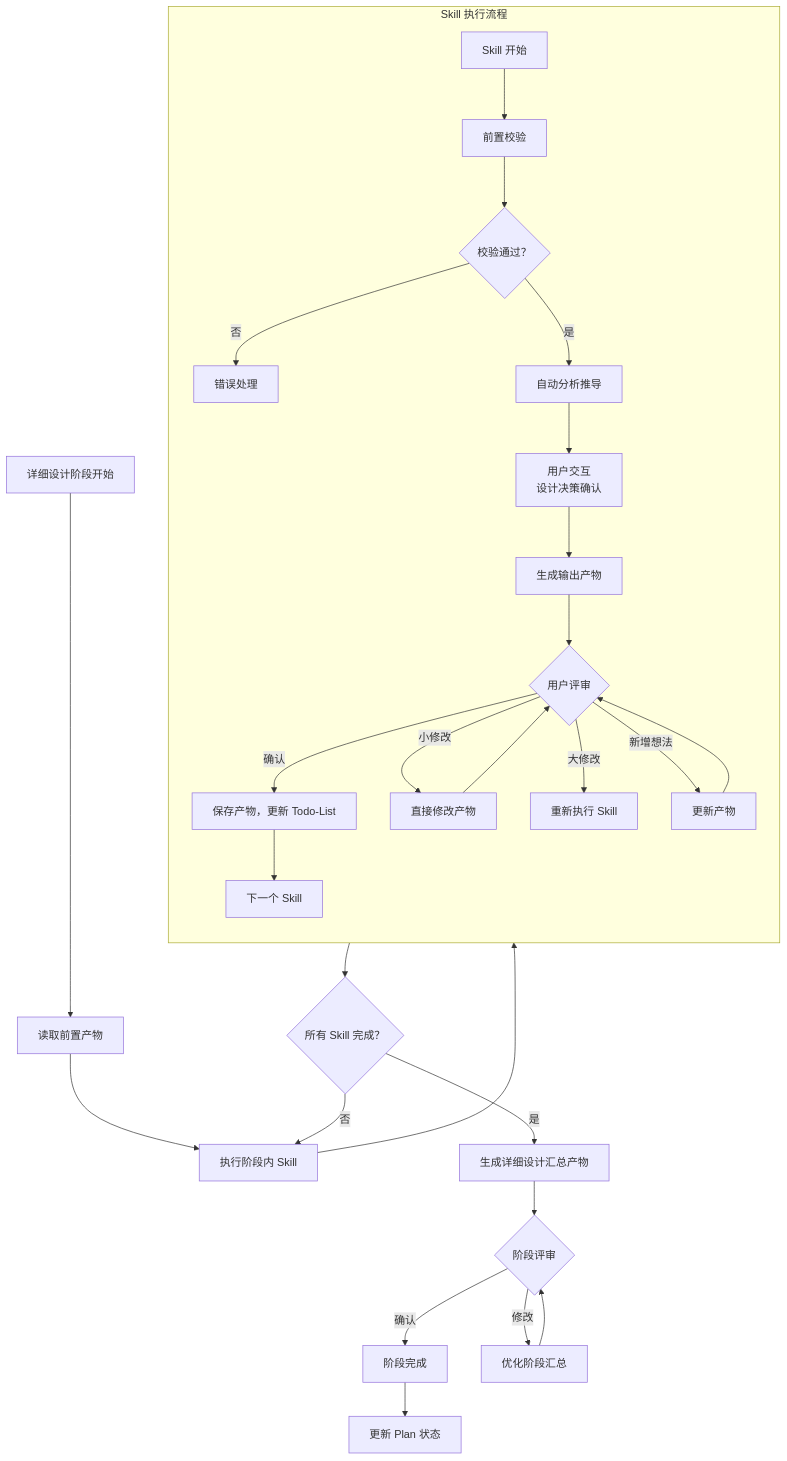
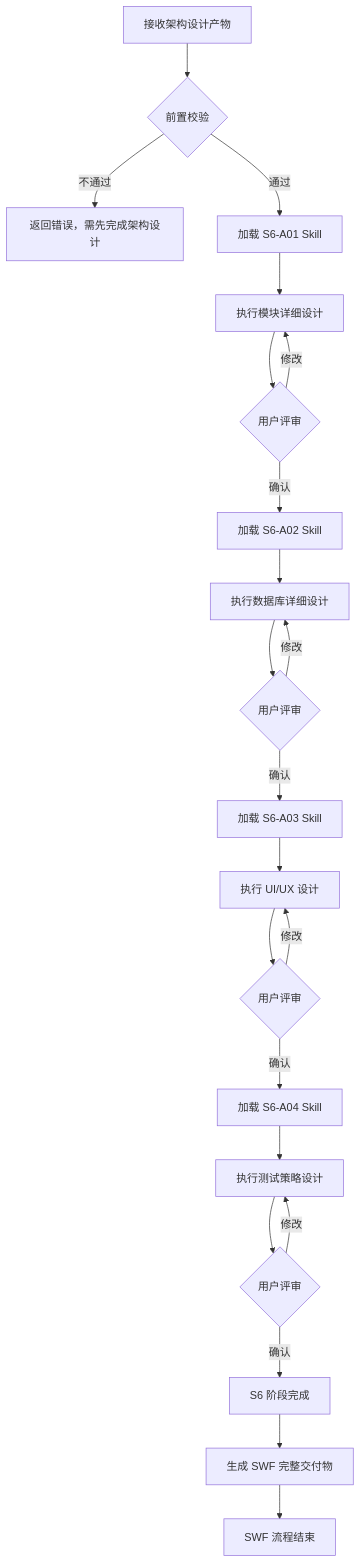
The first of 3 diagrams in agents/coordinator-detailed-design.md (HeartFlying/swf), drawn with Mermaid before and after one commit. The commit also changed other lines of this file and 16 other files, not shown here.

````diff
--- a/agents/coordinator-detailed-design.md
+++ b/agents/coordinator-detailed-design.md
@@ -36,33 +71,29 @@
 ```mermaid
 flowchart TD
-    StageStart[详细设计阶段开始] --> Read[读取前置产物]
-    Read --> SkillLoop[执行阶段内 Skill]
+    Start[接收架构设计产物] --> Check{前置校验}
+    Check -->|不通过| Error[返回错误，需先完成架构设计]
+    Check -->|通过| LoadA01[加载 S6-A01 Skill]
 
-    subgraph SkillExecution[Skill 执行流程]
-        direction TB
-        SkillStart[Skill 开始] --> PreCheck[前置校验]
-        PreCheck --> CheckResult{校验通过？}
-        CheckResult -->|否 | HandleError[错误处理]
-        CheckResult -->|是 | Analyze[自动分析推导]
-        Analyze --> Interact[用户交互<br/>设计决策确认]
-        Interact --> Generate[生成输出产物]
-        Generate --> Review{用户评审}
-        Review -->|确认 | Save[保存产物，更新 Todo-List]
-        Review -->|小修改 | Modify[直接修改产物]
-        Review -->|大修改 | ReExecute[重新执行 Skill]
-        Review -->|新增想法 | Update[更新产物]
-        Modify --> Review
-        Update --> Review
-        Save --> NextSkill[下一个 Skill]
-    end
+    LoadA01 --> ExecA01[执行模块详细设计]
+    ExecA01 --> ReviewA01{用户评审}
+    ReviewA01 -->|确认| LoadA02[加载 S6-A02 Skill]
+    ReviewA01 -->|修改| ExecA01
 
-    SkillLoop --> SkillExecution
-    NextSkill --> AllDone{所有 Skill 完成？}
-    AllDone -->|否 | SkillLoop
-    AllDone -->|是 | Summary[生成详细设计汇总产物]
-    Summary --> StageReview{阶段评审}
-    StageReview -->|确认 | StageDone[阶段完成]
-    StageReview -->|修改 | Optimize[优化阶段汇总]
-    Optimize --> StageReview
-    StageDone --> UpdatePlan[更新 Plan 状态]
+    LoadA02 --> ExecA02[执行数据库详细设计]
+    ExecA02 --> ReviewA02{用户评审}
+    ReviewA02 -->|确认| LoadA03[加载 S6-A03 Skill]
+    ReviewA02 -->|修改| ExecA02
+
+    LoadA03 --> ExecA03[执行 UI/UX 设计]
+    ExecA03 --> ReviewA03{用户评审}
+    ReviewA03 -->|确认| LoadA04[加载 S6-A04 Skill]
+    ReviewA03 -->|修改| ExecA03
+
+    LoadA04 --> ExecA04[执行测试策略设计]
+    ExecA04 --> ReviewA04{用户评审}
+    ReviewA04 -->|确认| StageDone[S6 阶段完成]
+    ReviewA04 -->|修改| ExecA04
+
+    StageDone --> GenFinal[生成 SWF 完整交付物]
+    GenFinal --> End[SWF 流程结束]
 ```
````
